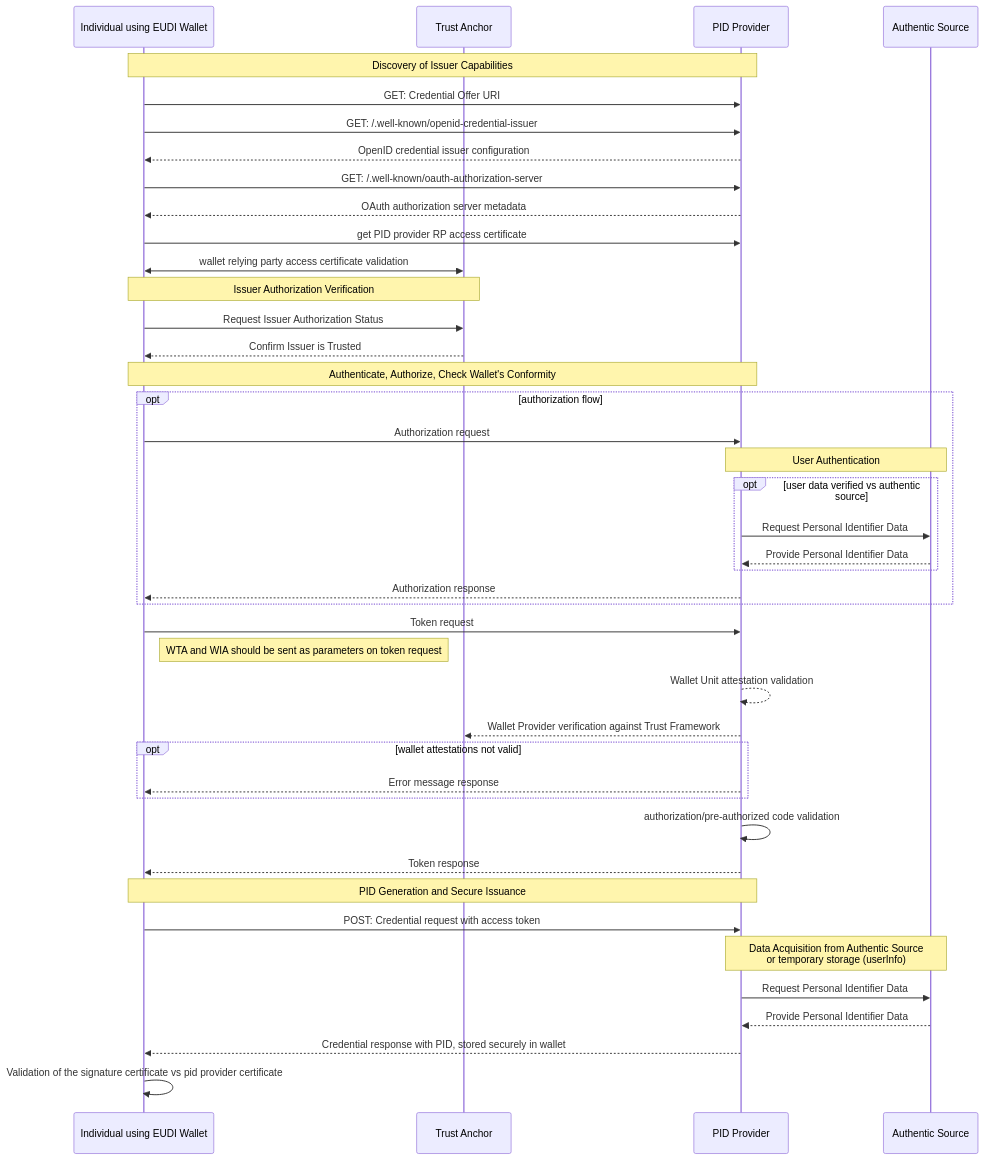
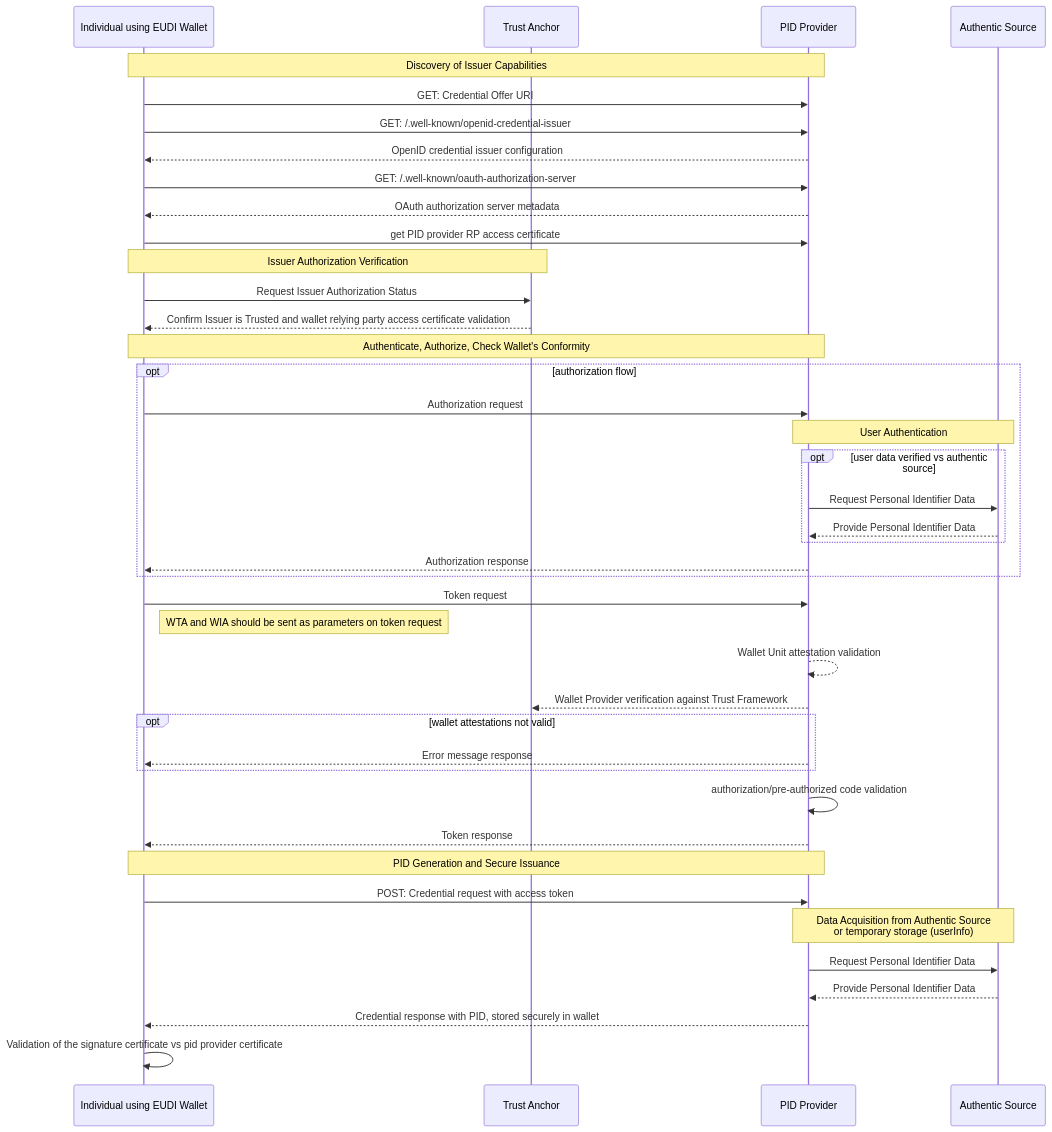
One commit to EWC-consortium/eudi-wallet-rfcs changed the diagram in ewc-rfc003-issue-person-identification-data.md. Above: the diagram before and after it, drawn with Mermaid. The commit also changed other lines of this file, not shown here.

Commit message:
adding a specific chapter for issuer authentication

````diff
--- a/ewc-rfc003-issue-person-identification-data.md
+++ b/ewc-rfc003-issue-person-identification-data.md
@@ -76,52 +77,51 @@
 ```mermaid
   sequenceDiagram
     participant I as Individual using EUDI Wallet
     participant TA as Trust Anchor
     participant O as PID Provider
     participant AS as Authentic Source
         
     Note over I,O: Discovery of Issuer Capabilities 
     I->>O: GET: Credential Offer URI
     I->> O: GET: /.well-known/openid-credential-issuer
     O-->> I: OpenID credential issuer configuration
     I->> O: GET: /.well-known/oauth-authorization-server
     O-->>I: OAuth authorization server metadata
     I->> O: get PID provider RP access certificate
-    I <<->> TA: wallet relying party access certificate validation 
-        
+            
     Note over I,TA: Issuer Authorization Verification
     I->>TA: Request Issuer Authorization Status
-    TA-->>I: Confirm Issuer is Trusted
+    TA-->>I: Confirm Issuer is Trusted and wallet relying party access certificate validation 
     
     Note over I,O: Authenticate, Authorize, Check Wallet's Conformity
     opt authorization flow
     I->>O: Authorization request
     
     Note over O,AS: User Authentication
         opt user data verified vs authentic source
           O->>AS: Request Personal Identifier Data
           AS-->>O: Provide Personal Identifier Data
       end
       O-->>I: Authorization response 
     end
     
     I->> O: Token request
     Note right of I: WTA and WIA should be sent as parameters on token request
     O-->>O: Wallet Unit attestation validation
     O-->>TA: Wallet Provider verification against Trust Framework
       opt wallet attestations not valid
           O-->>I: Error message response
       end
     O->>O: authorization/pre-authorized code validation
     O-->>I: Token response
         
     Note over I,O: PID Generation and Secure Issuance
     I->>O: POST: Credential request with access token
     Note over O,AS: Data Acquisition from Authentic Source <BR> or temporary storage (userInfo)
     O->>AS: Request Personal Identifier Data
     AS-->>O: Provide Personal Identifier Data
     
     O-->>I: Credential response with PID, stored securely in wallet
     I->> I: Validation of the signature certificate vs pid provider certificate
 
 ```
````
